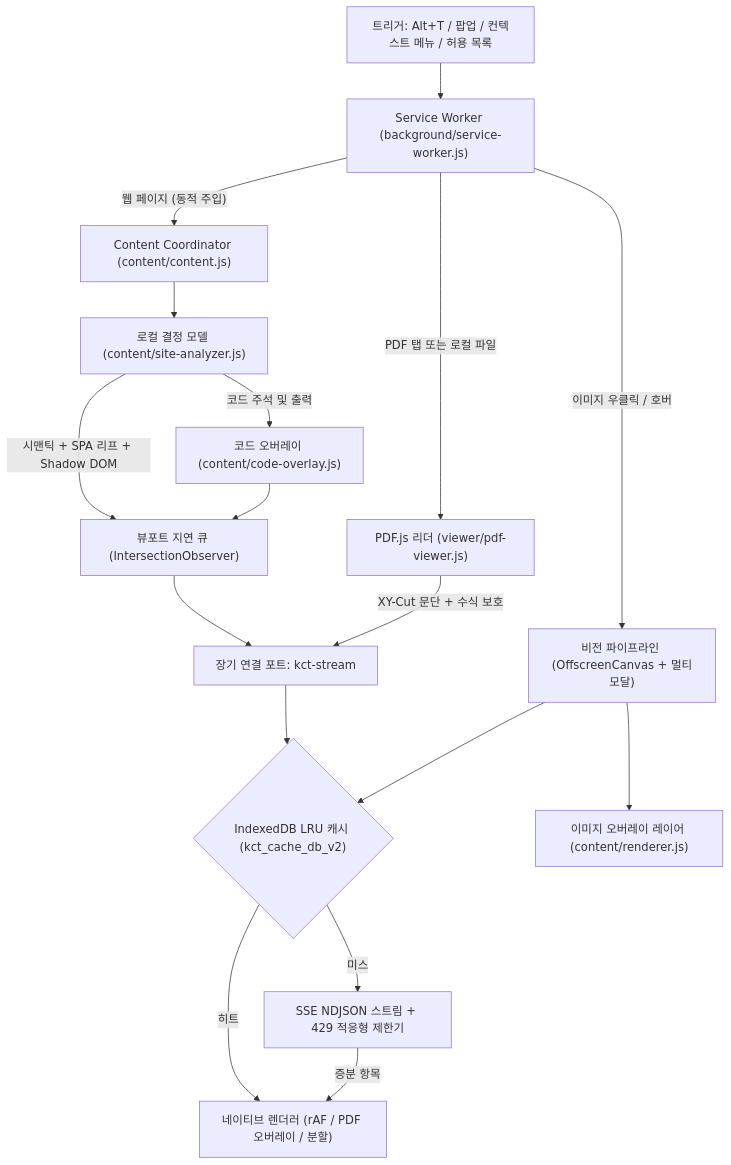
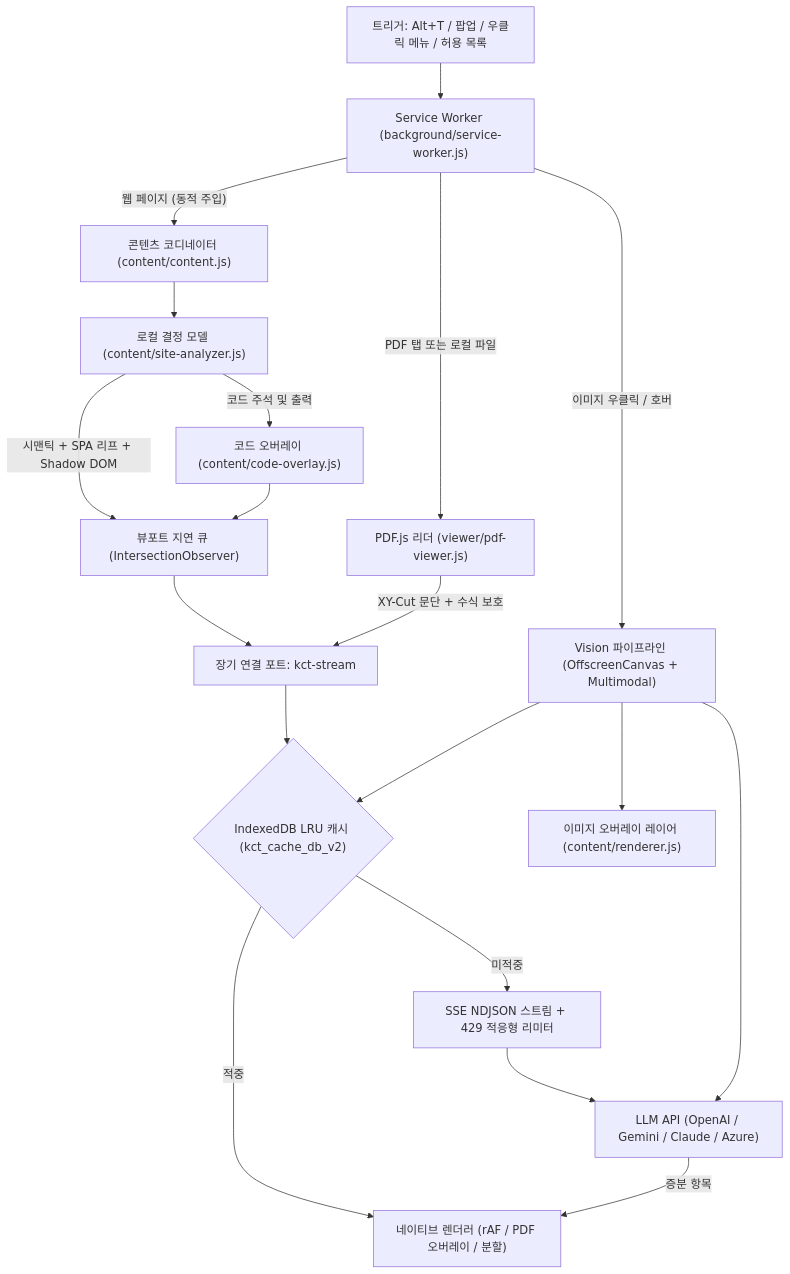
The first of 2 diagrams in README.ko.md (Chih-Kai-Wang/kaggle-course-translator), drawn with Mermaid before and after one commit. The commit also changed other lines of this file and 23 other files, not shown here.

First line of the commit message:
feat(v2.4.0): update notice, Claude & Azure OpenAI providers, README rewrite with local decision-model diagram

````diff
--- a/README.ko.md
+++ b/README.ko.md
@@ -65,19 +76,21 @@
 ```mermaid
 flowchart TD
-    Trigger["트리거: Alt+T / 팝업 / 컨텍스트 메뉴 / 허용 목록"] --> SW["Service Worker (background/service-worker.js)"]
-    SW -->|"웹 페이지 (동적 주입)"| Content["Content Coordinator (content/content.js)"]
+    Trigger["트리거: Alt+T / 팝업 / 우클릭 메뉴 / 허용 목록"] --> SW["Service Worker (background/service-worker.js)"]
+    SW -->|"웹 페이지 (동적 주입)"| Content["콘텐츠 코디네이터 (content/content.js)"]
     SW -->|"PDF 탭 또는 로컬 파일"| PDF["PDF.js 리더 (viewer/pdf-viewer.js)"]
-    SW -->|"이미지 우클릭 / 호버"| Vision["비전 파이프라인 (OffscreenCanvas + 멀티모달)"]
+    SW -->|"이미지 우클릭 / 호버"| Vision["Vision 파이프라인 (OffscreenCanvas + Multimodal)"]
     Content --> Analyzer["로컬 결정 모델 (content/site-analyzer.js)"]
     Analyzer -->|"시맨틱 + SPA 리프 + Shadow DOM"| Queue["뷰포트 지연 큐 (IntersectionObserver)"]
     Analyzer -->|"코드 주석 및 출력"| Code["코드 오버레이 (content/code-overlay.js)"]
     Code --> Queue
     Queue --> Port["장기 연결 포트: kct-stream"]
     PDF -->|"XY-Cut 문단 + 수식 보호"| Port
     Port --> Cache{"IndexedDB LRU 캐시 (kct_cache_db_v2)"}
-    Cache -->|"히트"| Render["네이티브 렌더러 (rAF / PDF 오버레이 / 분할)"]
-    Cache -->|"미스"| Stream["SSE NDJSON 스트림 + 429 적응형 제한기"]
-    Stream -->|"증분 항목"| Render
+    Cache -->|"적중"| Render["네이티브 렌더러 (rAF / PDF 오버레이 / 분할)"]
+    Cache -->|"미적중"| Stream["SSE NDJSON 스트림 + 429 적응형 리미터"]
+    Stream --> LLM["LLM API (OpenAI / Gemini / Claude / Azure)"]
+    LLM -->|"증분 항목"| Render
     Vision --> Cache
+    Vision --> LLM
     Vision --> ImgOverlay["이미지 오버레이 레이어 (content/renderer.js)"]
 ```
````
